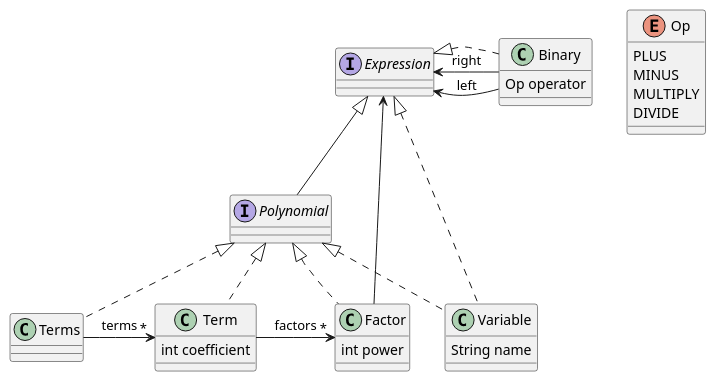
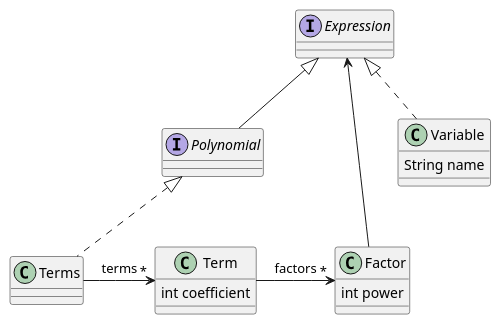
Before and after one commit to saka1029/form: the diagram in doc/classes2.plantuml, drawn with PlantUML. The commit also changed 3 other files, not shown here.

```diff
--- a/doc/classes2.plantuml
+++ b/doc/classes2.plantuml
@@ -1,35 +1,29 @@
-@startuml
+@startuml form
 interface Expression
 interface Polynomial
 Polynomial -up-|> Expression
 class Terms
 Terms .up.|> Polynomial
 class Term {
     int coefficient
 }
-Term .up.|> Polynomial
+'Term .up.|> Polynomial
 Terms -right-> "*" Term : terms
 class Factor {
     int power
 }
-Factor .up.|> Polynomial
+'Factor .up.|> Polynomial
 Factor -up-> Expression
 Term -right-> "*" Factor : factors
 class Variable {
     String name
 }
 Variable .up.|> Expression
-Variable .up.|> Polynomial
-enum Op {
-    PLUS
-    MINUS
-    MULTIPLY
-    DIVIDE
-}
-class Binary {
-    Op operator
-}
-Binary .up.|> Expression
-Binary -left-> Expression : left
-Binary -left-> Expression : right
+'Variable .up.|> Polynomial
+'enum Op {
+'    PLUS
+'    MINUS
+'    MULTIPLY
+'    DIVIDE
+'}
 @enduml
```
